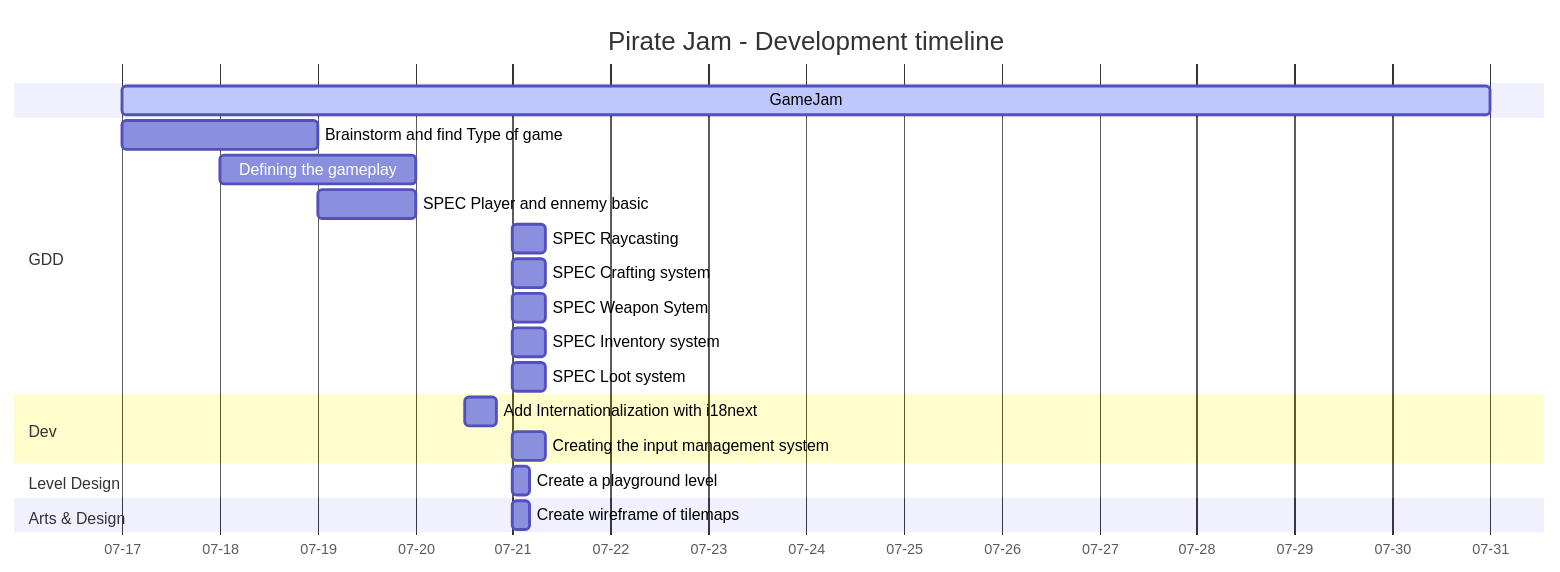
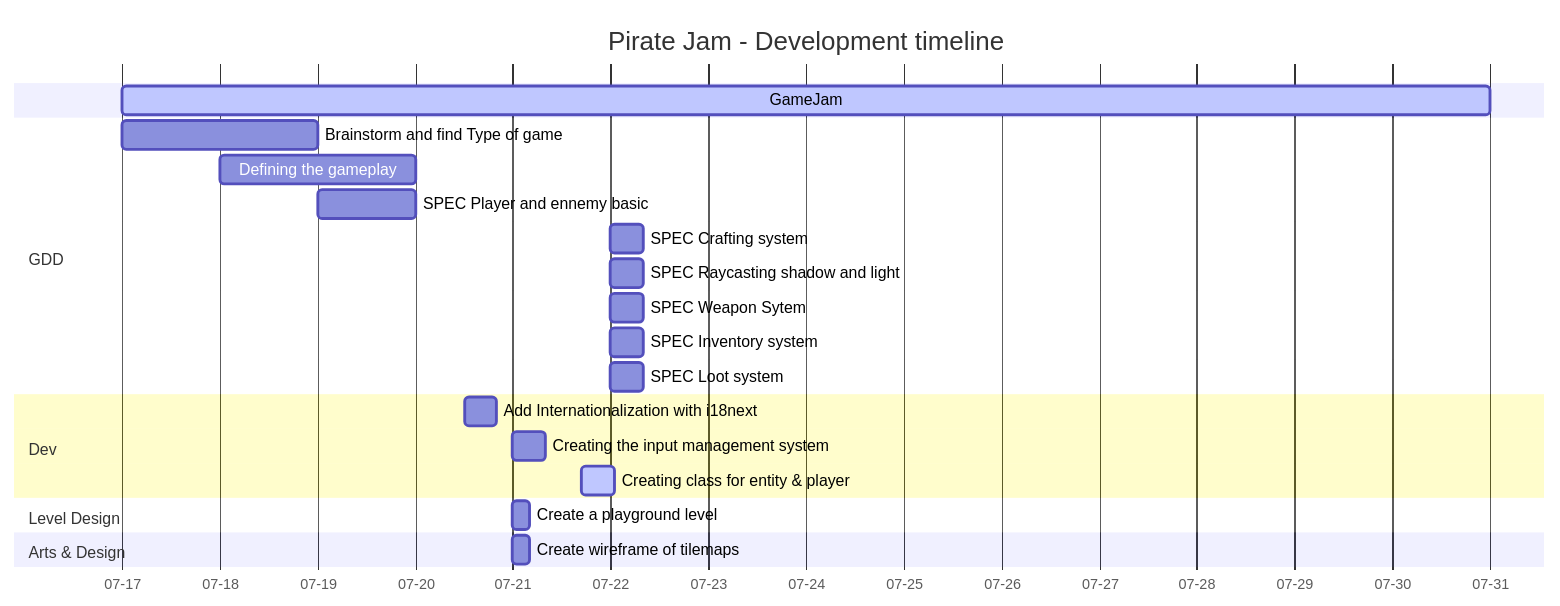
One commit to platypus-production/Pirate-GJ-15 changed the second of 3 diagrams in docs/Pirate Jam/Game Design Document.md. Above: the diagram before and after it, drawn with Mermaid. The commit also changed other lines of this file, not shown here.

Commit message:
UPDATE: GDD

````diff
--- a/docs/Pirate Jam/Game Design Document.md
+++ b/docs/Pirate Jam/Game Design Document.md
@@ -140,32 +140,33 @@
 ```mermaid
 gantt
 title Pirate Jam - Development timeline
 dateFormat YYYY-MM-DD-HH
 axisFormat %m-%d
 GameJam :active, 2024-07-17, 14d
 
 section GDD
 Brainstorm and find Type of game :done GDD0, 2024-07-17, 2d 
 Defining the gameplay :done after GDD1 GDD2, 2024-07-18, 2d
-SPEC Player and ennemy basic :after GDD3, 2024-07-19, 1d
-SPEC Raycasting :GDD4, 2024-07-21, 8h
-SPEC Crafting system :GDD5, 2024-07-21, 8h
-SPEC Weapon Sytem :GDD6, 2024-07-21, 8h
-SPEC Inventory system :GDD7, 2024-07-21, 8h
-SPEC Loot system :GDD8, 2024-07-21, 8h
+SPEC Player and ennemy basic :done GDD3, 2024-07-19, 1d
+SPEC Crafting system :crit GDD5, 2024-07-22, 8h
+SPEC Raycasting shadow and light :GDD4, 2024-07-22, 8h
+SPEC Weapon Sytem :GDD6, 2024-07-22, 8h
+SPEC Inventory system :GDD7, 2024-07-22, 8h
+SPEC Loot system :GDD8, 2024-07-22, 8h
 
 section Dev
 Add Internationalization with i18next :crit DEV0, 2024-07-20-12, 8h
 Creating the input management system :after DEV0 DEV1, 2024-07-21, 8h
+Creating class for entity & player :active, 2024-07-21-17, 8h 
 
 section Level Design
 Create a playground level :, 2024-07-21, 4h
 
 section Arts & Design
 Create wireframe of tilemaps :, 2024-07-21, 4h
 
 section UX/UI
 
 section Music & Sound
 
 ```
````
